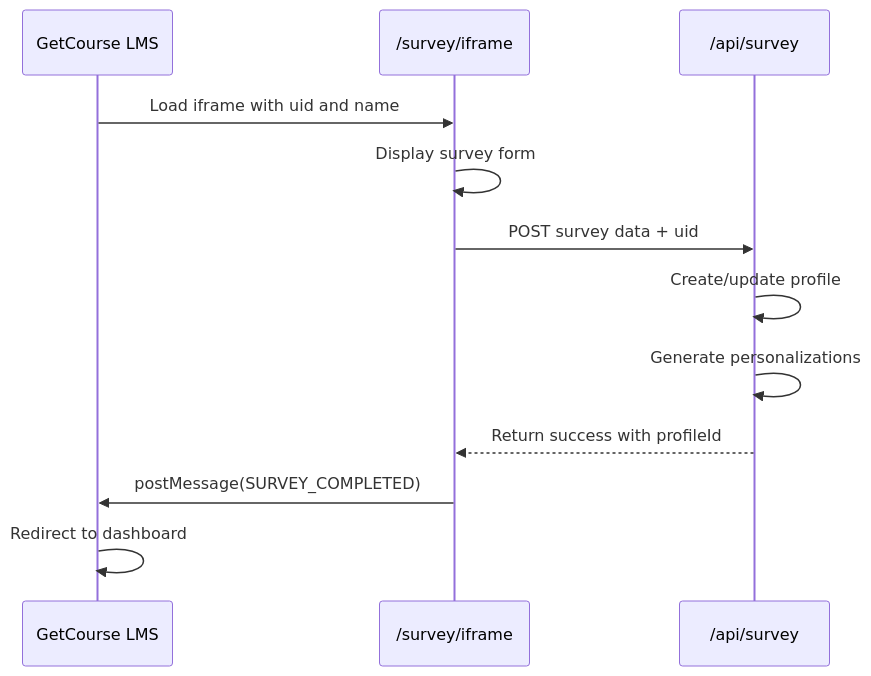
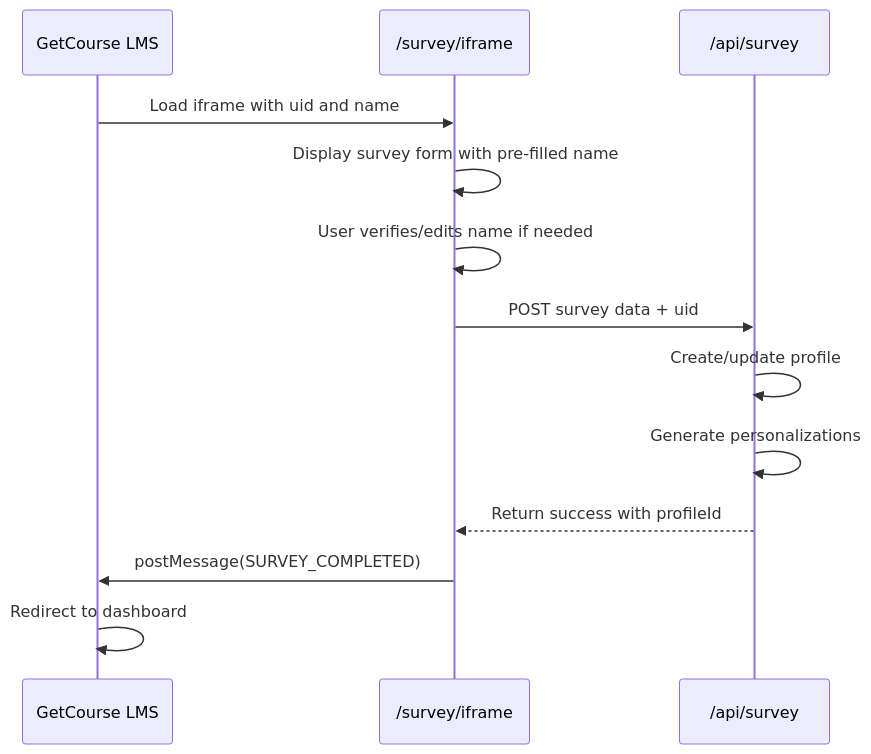
One commit to lommaks777/pesonalisev2 changed the first of 3 diagrams in .qoder/repowiki/en/content/Integration Guide/Integration Guide.md. Above: the diagram before and after it, drawn with Mermaid. The commit also changed other lines of this file and 42 other files, not shown here.

````diff
--- a/.qoder/repowiki/en/content/Integration Guide/Integration Guide.md
+++ b/.qoder/repowiki/en/content/Integration Guide/Integration Guide.md
@@ -35,14 +45,15 @@
 ```mermaid
 sequenceDiagram
 participant GetCourse as GetCourse LMS
 participant Iframe as /survey/iframe
 participant API as /api/survey
 GetCourse->>Iframe : Load iframe with uid and name
-Iframe->>Iframe : Display survey form
+Iframe->>Iframe : Display survey form with pre-filled name
+Iframe->>Iframe : User verifies/edits name if needed
 Iframe->>API : POST survey data + uid
 API->>API : Create/update profile
 API->>API : Generate personalizations
 API-->>Iframe : Return success with profileId
 Iframe->>GetCourse : postMessage(SURVEY_COMPLETED)
 GetCourse->>GetCourse : Redirect to dashboard
 ```
````
